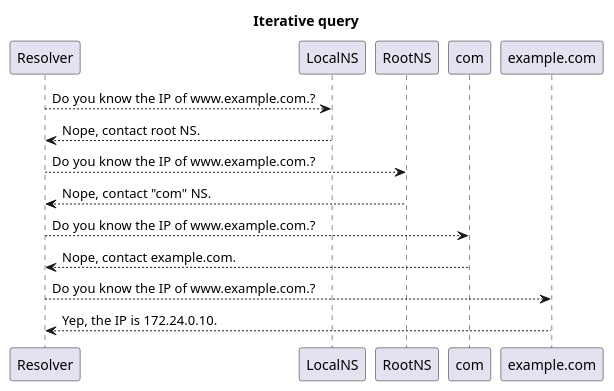
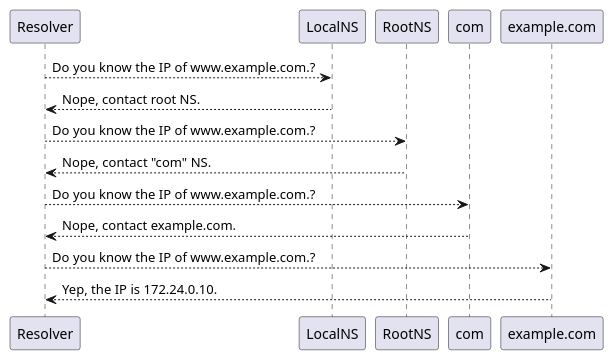
Before and after one commit to pauloricardokoch/dns-lab: the diagram in plantUML/iterative-query.wsd, drawn with PlantUML.

Commit message:
adding images for the query types

```diff
--- a/plantUML/iterative-query.wsd
+++ b/plantUML/iterative-query.wsd
@@ -1,16 +1,15 @@
 @startuml iterative-query
-title Iterative query
 
 Resolver --> LocalNS: Do you know the IP of www.example.com.?
 Resolver <-- LocalNS: Nope, contact root NS.
 
 Resolver --> RootNS: Do you know the IP of www.example.com.?
 Resolver <-- RootNS: Nope, contact "com" NS.
 
 Resolver --> com: Do you know the IP of www.example.com.?
 Resolver <-- com: Nope, contact example.com.
 
 Resolver --> example.com: Do you know the IP of www.example.com.?
 Resolver <-- example.com: Yep, the IP is 172.24.0.10.
 
 @enduml
```
